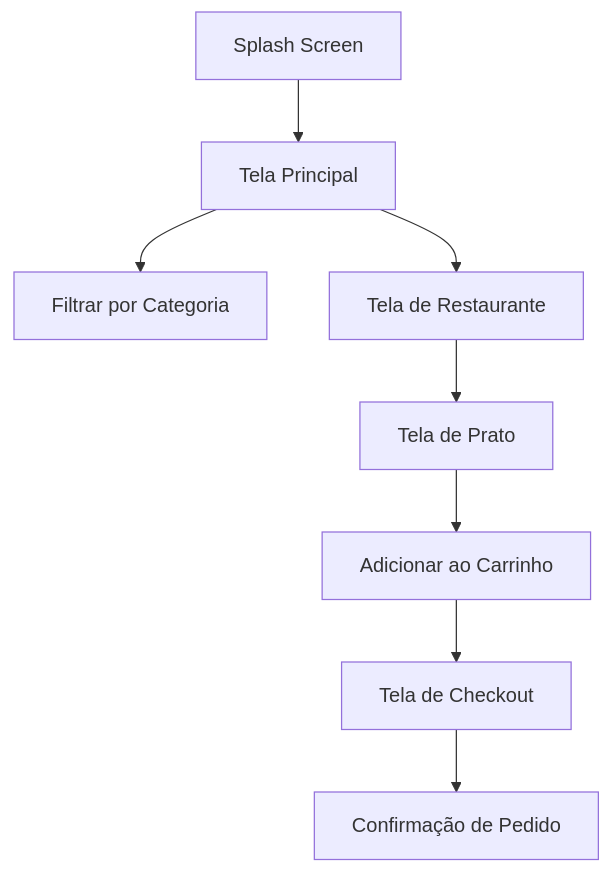
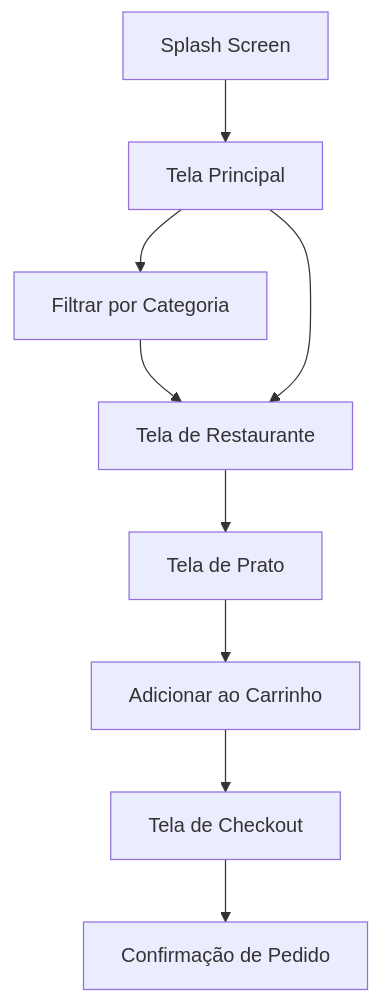
Before and after one commit to LucasDavid80/tech-taste: the diagram in README.md, drawn with Mermaid.

Commit message:
Update README.md
alterando o fluxo do app no readme

````diff
--- a/README.md
+++ b/README.md
@@ -36,10 +36,11 @@
 ```mermaid
 flowchart TD
     Splash[Splash Screen] --> Home[Tela Principal]
     Home --> Categoria[Filtrar por Categoria]
+    Categoria --> Restaurante[Tela de Restaurante]
     Home --> Restaurante[Tela de Restaurante]
     Restaurante --> Prato[Tela de Prato]
     Prato --> Carrinho[Adicionar ao Carrinho]
     Carrinho --> Checkout[Tela de Checkout]
     Checkout --> Confirmacao[Confirmação de Pedido]
 ```
````
